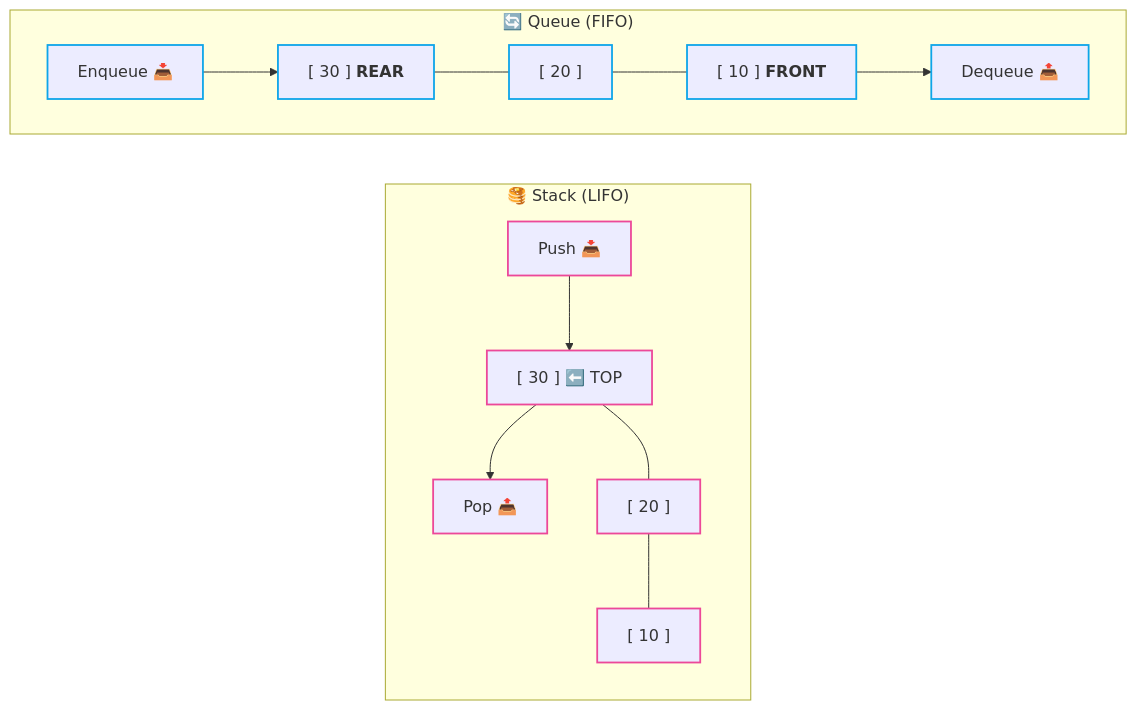
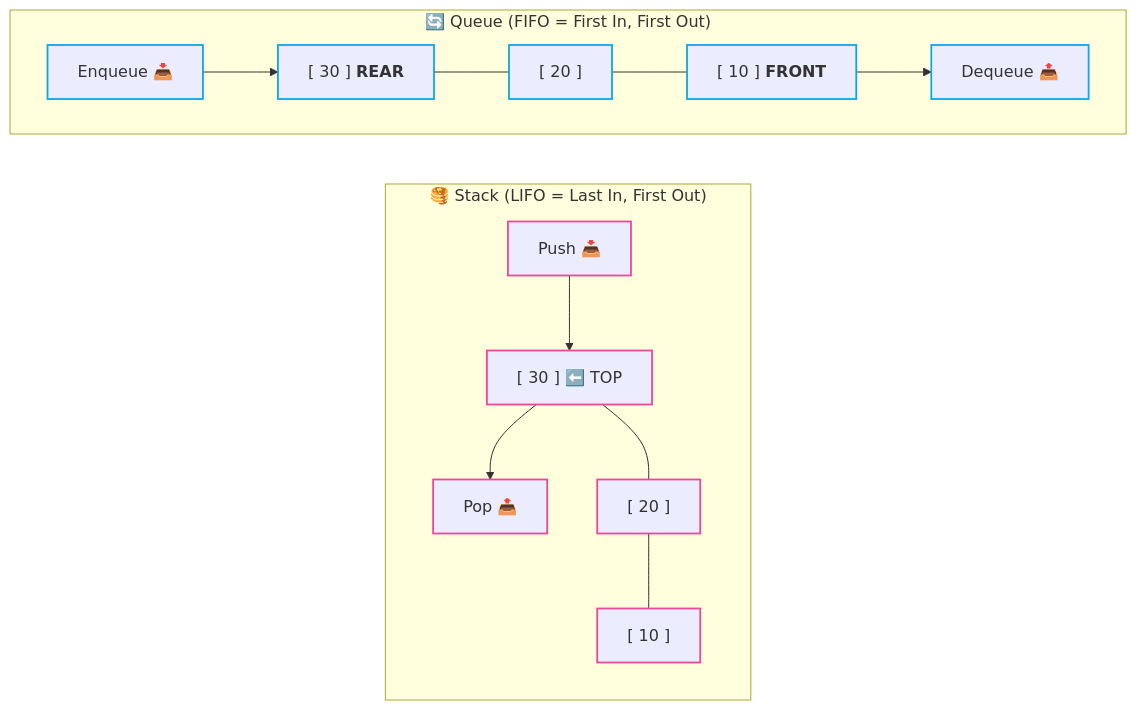
The third of 3 diagrams in CS/DSA/06. Stacks & Queues/03. Queue Fundamentals.md (abhinavbharti2345/CS_Notes), drawn with Mermaid before and after one commit. The commit also changed other lines of this file and 6 other files, not shown here.

````diff
--- a/CS/DSA/06. Stacks & Queues/03. Queue Fundamentals.md
+++ b/CS/DSA/06. Stacks & Queues/03. Queue Fundamentals.md
@@ -172,22 +189,22 @@
 ```mermaid
 flowchart LR
-    subgraph STACK_BOX ["🥞 Stack (LIFO)"]
+    subgraph STACK_BOX ["🥞 Stack (LIFO = Last In, First Out)"]
         direction TB
         S_IN["Push 📥"] --> S_TOP["[ 30 ] ⬅️ TOP"]
         S_TOP --> S_OUT["Pop 📤"]
         S_TOP --- S_MID["[ 20 ]"]
         S_MID --- S_BOT["[ 10 ]"]
     end
 
-    subgraph QUEUE_BOX ["🔄 Queue (FIFO)"]
+    subgraph QUEUE_BOX ["🔄 Queue (FIFO = First In, First Out)"]
         direction LR
         Q_IN["Enqueue 📥"] --> Q_REAR["[ 30 ] <b>REAR</b>"]
         Q_REAR --- Q_MID["[ 20 ]"]
         Q_MID --- Q_FRONT["[ 10 ] <b>FRONT</b>"] --> Q_OUT["Dequeue 📤"]
     end
 
     classDef stackNode stroke:#ec4899,stroke-width:1.8px;
     classDef queueNode stroke:#0ea5e9,stroke-width:1.8px;
     class S_IN,S_TOP,S_OUT,S_MID,S_BOT stackNode;
     class Q_IN,Q_REAR,Q_MID,Q_FRONT,Q_OUT queueNode;
 ```
````
